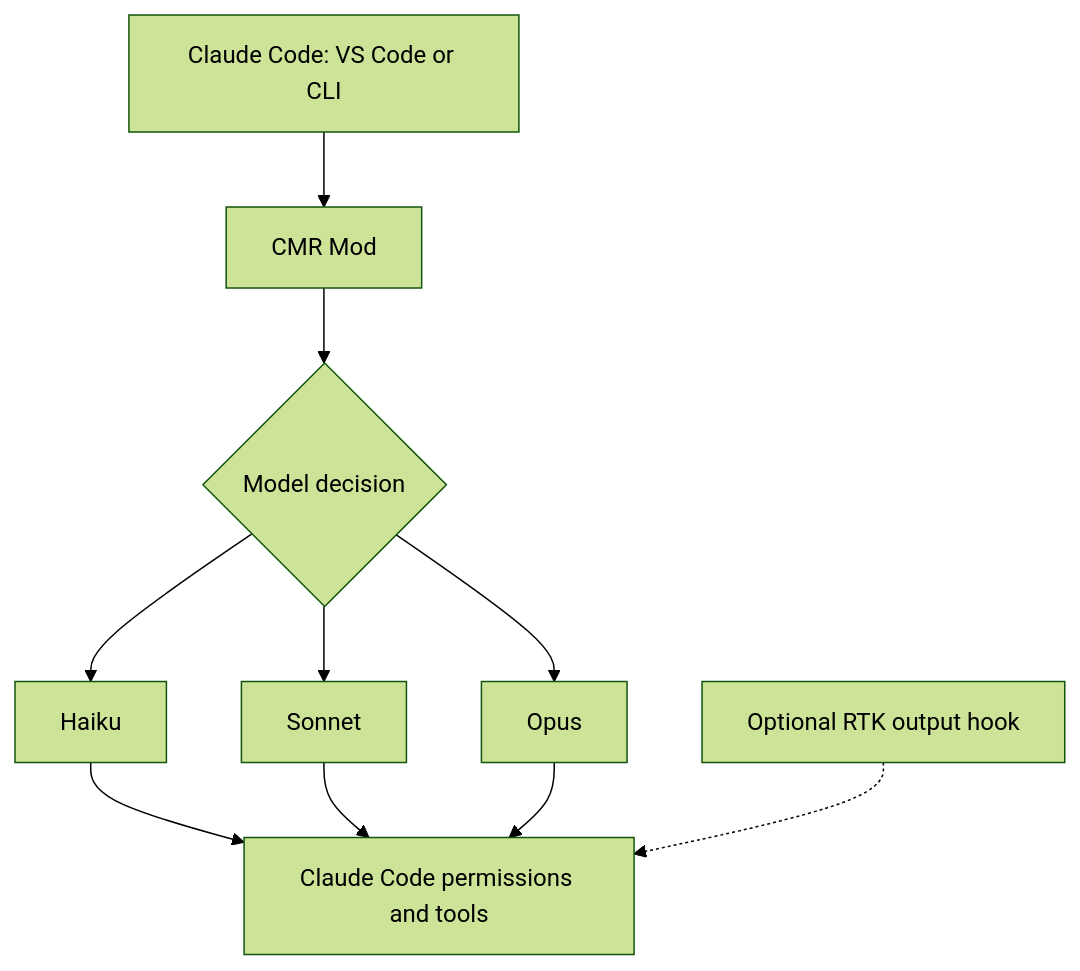
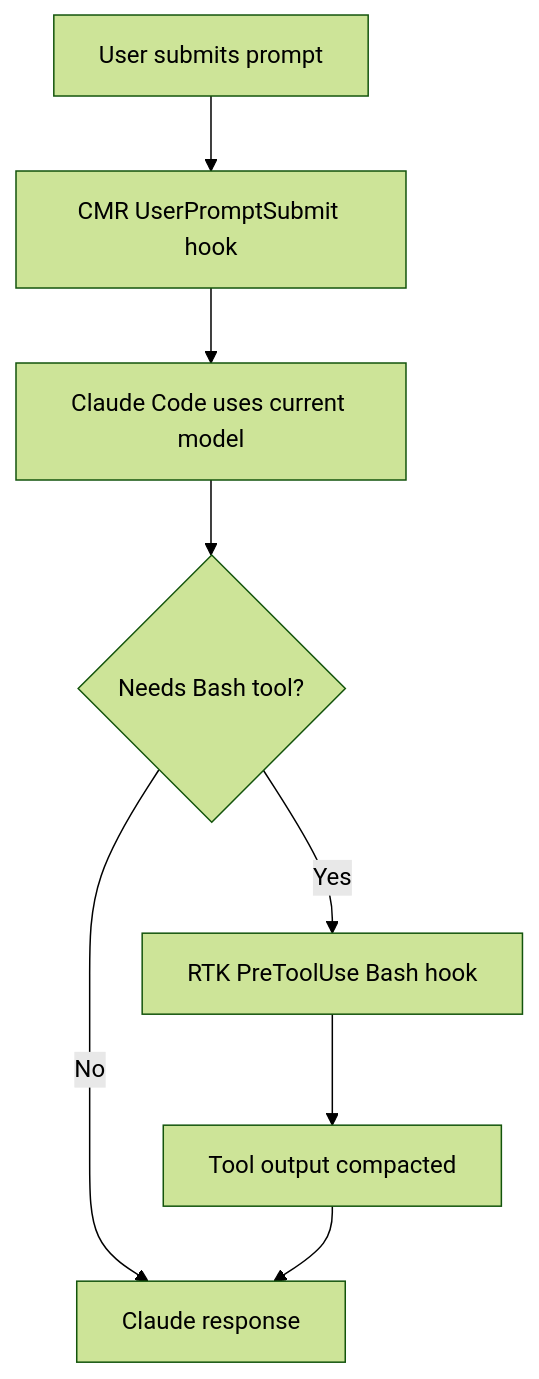
The diagram in README.md (Weslley08/cmr), drawn with Mermaid (forest theme) before and after one commit. The commit also changed other lines of this file and 50 other files, not shown here.

Commit message:
refactor!: replace Claude plugin marketplace with standalone Rust native hooks and CLI model launch

````diff
--- a/README.md
+++ b/README.md
@@ -31,12 +43,10 @@
 ```mermaid
 flowchart TD
-  A[Claude Code: VS Code or CLI] --> B[CMR Mod]
-  B --> C{Model decision}
-  C --> D[Haiku]
-  C --> E[Sonnet]
-  C --> F[Opus]
-  D --> G[Claude Code permissions and tools]
-  E --> G
+  A[User submits prompt] --> B[CMR UserPromptSubmit hook]
+  B --> C[Claude Code uses current model]
+  C --> D{Needs Bash tool?}
+  D -- Yes --> E[RTK PreToolUse Bash hook]
+  E --> F[Tool output compacted]
+  D -- No --> G[Claude response]
   F --> G
-  H[Optional RTK output hook] -.-> G
 ```
````
